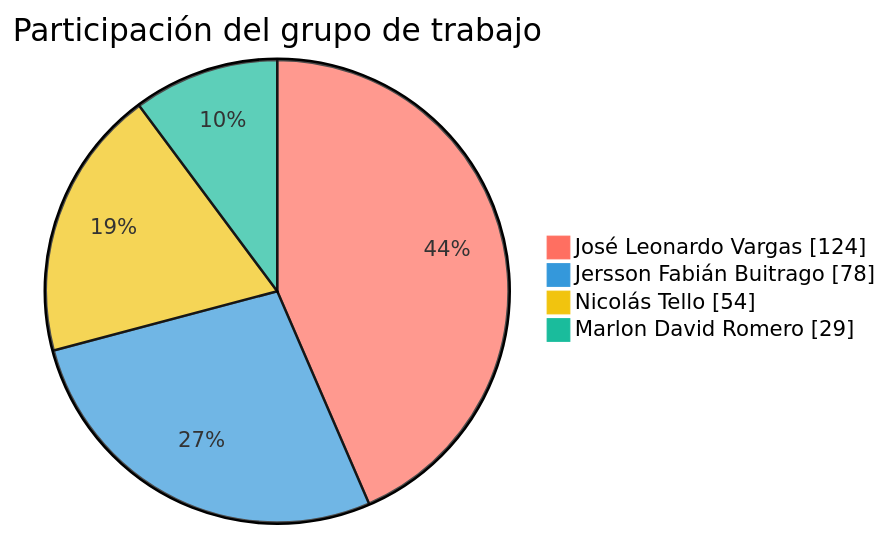
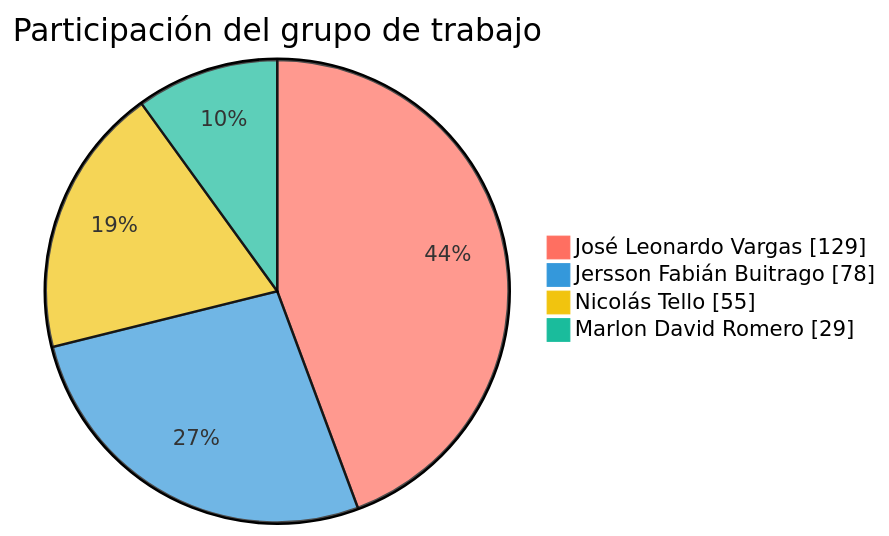
One commit to FarmaExpres/FarmaExpres changed the first of 2 diagrams in README.md. Above: the diagram before and after it, drawn with Mermaid. The commit also changed other lines of this file and 1 other file, not shown here.

````diff
--- a/README.md
+++ b/README.md
@@ -389,9 +389,9 @@
 ```mermaid
 %%{init: {"themeVariables": {"pie1": "#ff6f61", "pie2": "#3498db", "pie3": "#f1c40f", "pie4": "#1abc9c", "pieLabelColor": "#000000", "pieLabelFontSize": "24px", "pieLabelFontWeight": "700"}}}%%
 pie showData
     title Participación del grupo de trabajo
-    "José Leonardo Vargas" : 124
+    "José Leonardo Vargas" : 129
     "Jersson Fabián Buitrago" : 78
-    "Nicolás Tello" : 54
+    "Nicolás Tello" : 55
     "Marlon David Romero" : 29
 ```
````
